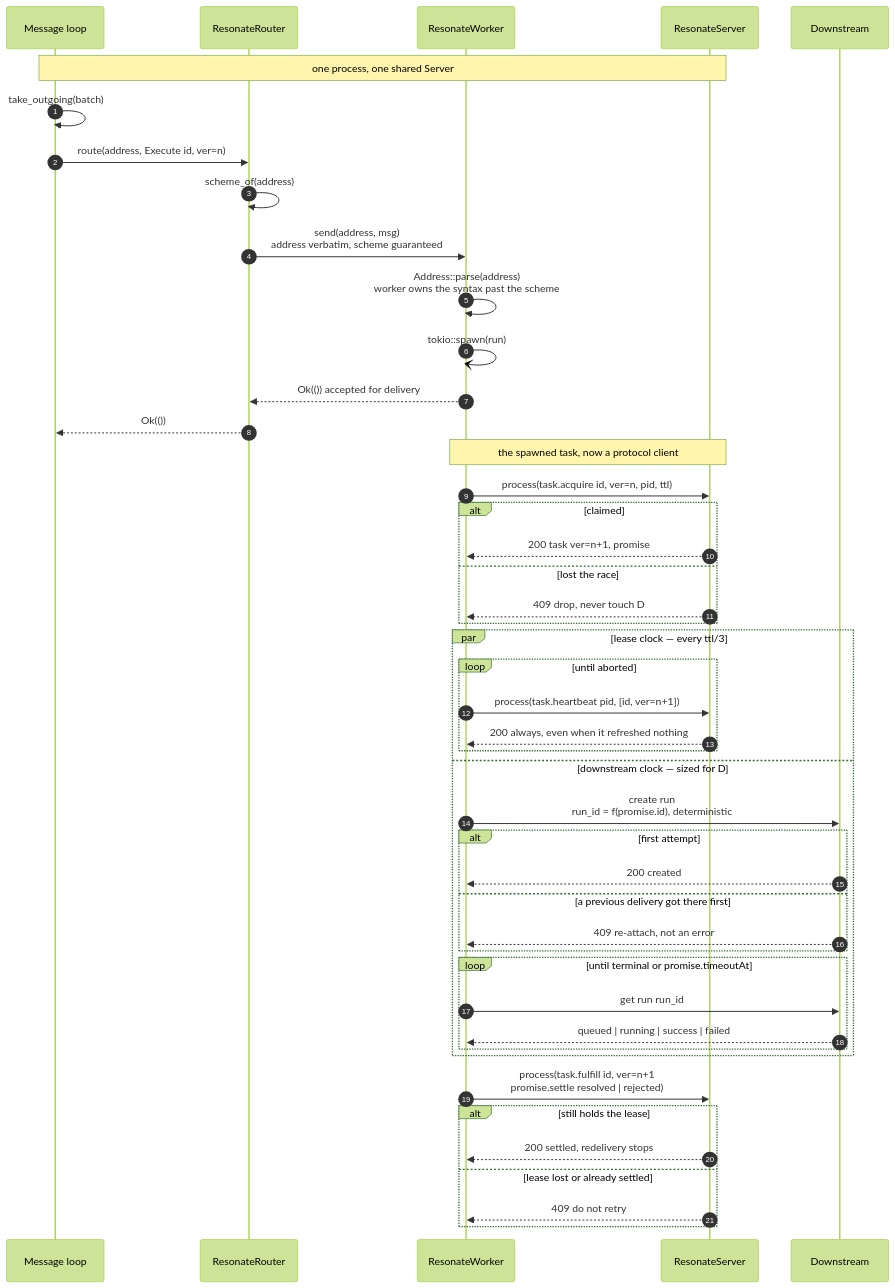
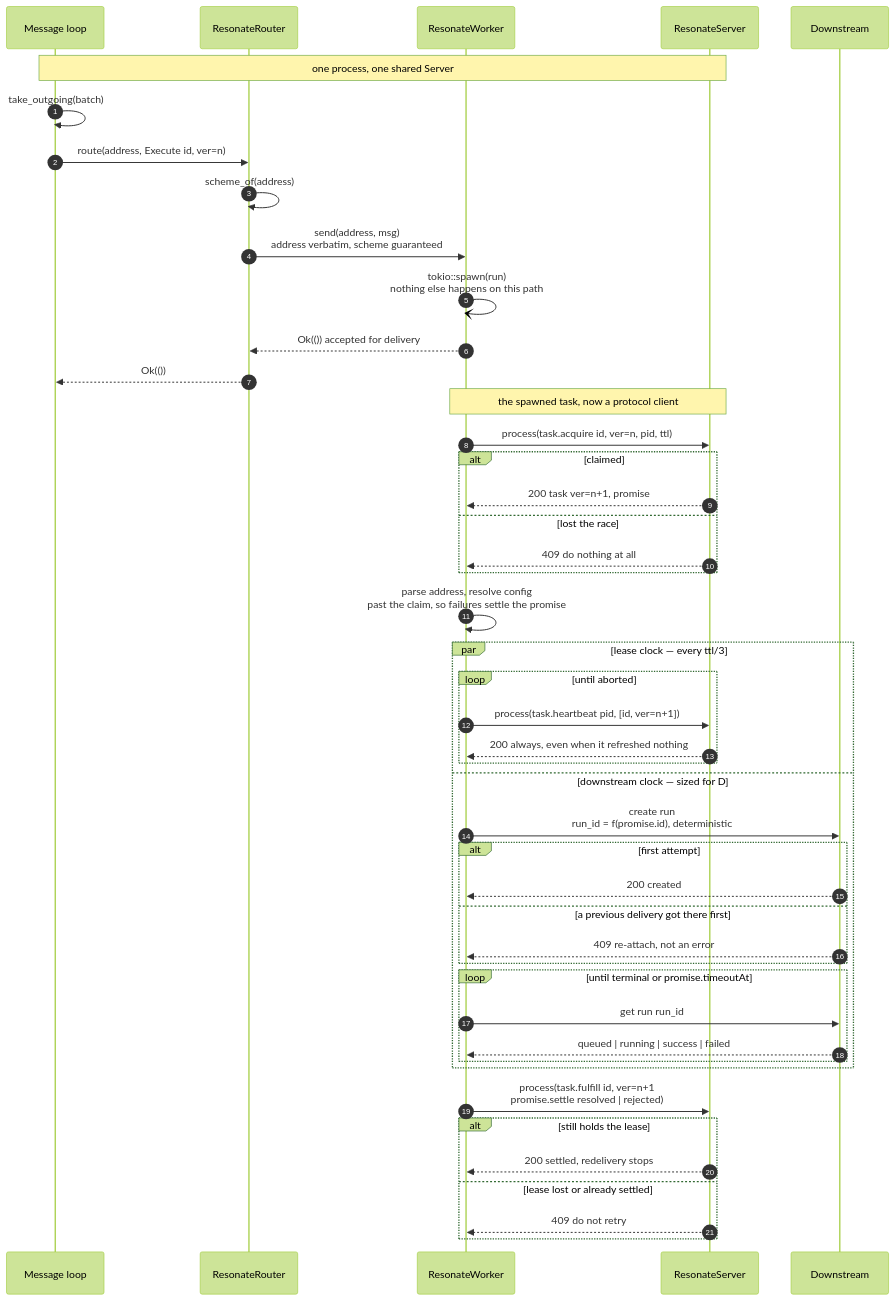
One commit to resonatehq/resonate changed the first of 2 diagrams in .claude/skills/integration/references/contract.md. Above: the diagram before and after it, drawn with Mermaid (forest theme). The commit also changed other lines of this file and 3 other files, not shown here.

````diff
--- a/.claude/skills/integration/references/contract.md
+++ b/.claude/skills/integration/references/contract.md
@@ -104,54 +104,54 @@
 ```mermaid
 sequenceDiagram
   autonumber
   participant L as Message loop
   participant R as ResonateRouter
   participant W as ResonateWorker
   participant S as ResonateServer
   participant D as Downstream
 
   Note over L,S: one process, one shared Server
 
   L->>L: take_outgoing(batch)
   L->>R: route(address, Execute id, ver=n)
   R->>R: scheme_of(address)
   R->>W: send(address, msg)<br/>address verbatim, scheme guaranteed
-  W->>W: Address::parse(address)<br/>worker owns the syntax past the scheme
-  W-)W: tokio::spawn(run)
+  W-)W: tokio::spawn(run)<br/>nothing else happens on this path
   W-->>R: Ok(()) accepted for delivery
   R-->>L: Ok(())
 
   Note over W,S: the spawned task, now a protocol client
 
   W->>S: process(task.acquire id, ver=n, pid, ttl)
   alt claimed
     S-->>W: 200 task ver=n+1, promise
   else lost the race
-    S-->>W: 409 drop, never touch D
+    S-->>W: 409 do nothing at all
   end
+  W->>W: parse address, resolve config<br/>past the claim, so failures settle the promise
 
   par lease clock — every ttl/3
     loop until aborted
       W->>S: process(task.heartbeat pid, [id, ver=n+1])
       S-->>W: 200 always, even when it refreshed nothing
     end
   and downstream clock — sized for D
     W->>D: create run<br/>run_id = f(promise.id), deterministic
     alt first attempt
       D-->>W: 200 created
     else a previous delivery got there first
       D-->>W: 409 re-attach, not an error
     end
     loop until terminal or promise.timeoutAt
       W->>D: get run run_id
       D-->>W: queued | running | success | failed
     end
   end
 
   W->>S: process(task.fulfill id, ver=n+1<br/>promise.settle resolved | rejected)
   alt still holds the lease
     S-->>W: 200 settled, redelivery stops
   else lease lost or already settled
     S-->>W: 409 do not retry
   end
 ```
````
